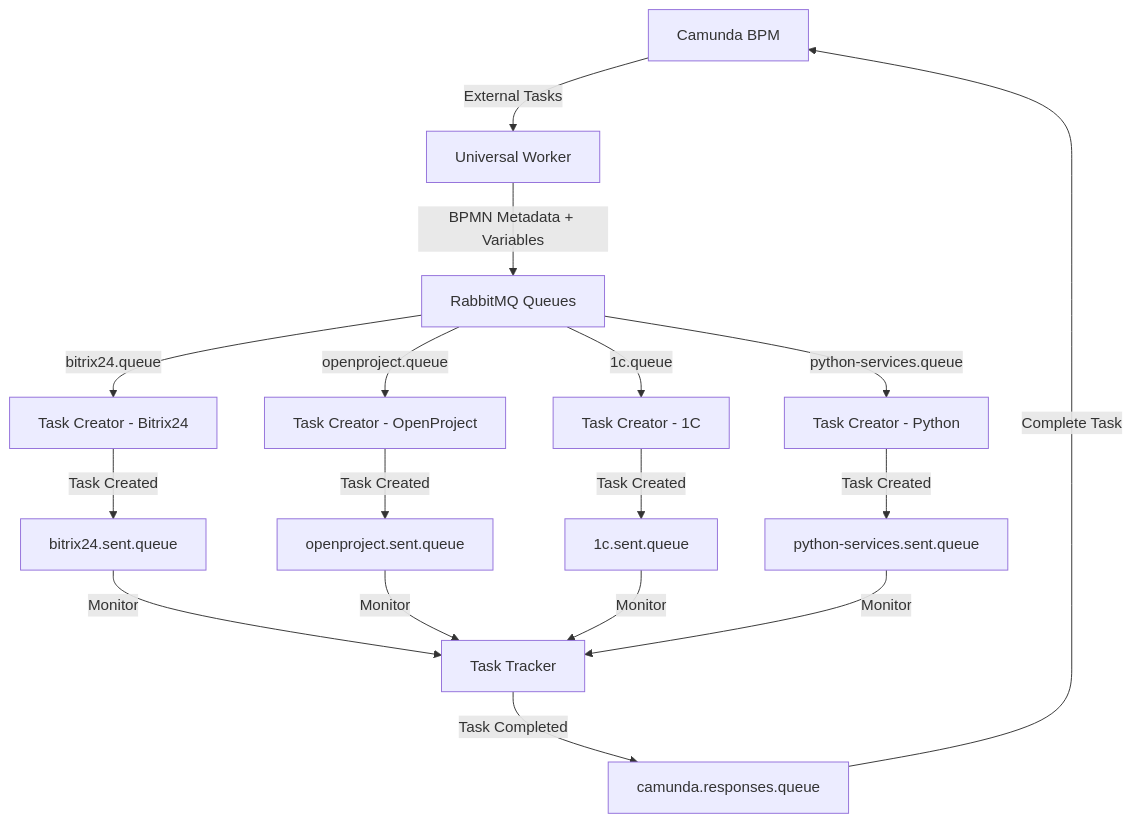
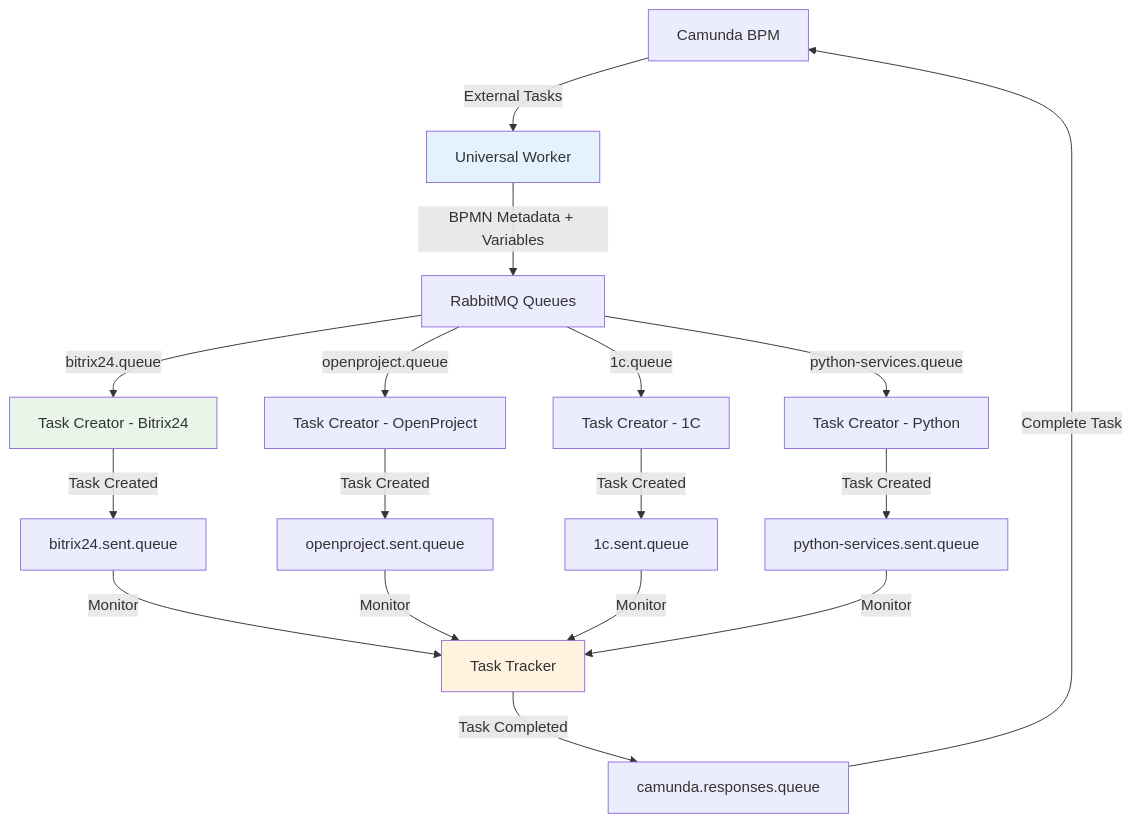
Before and after one commit to vlikhobabin/exchanger.py: the diagram in README.md, drawn with Mermaid. The commit also changed other lines of this file and 15 other files, not shown here.

````diff
--- a/README.md
+++ b/README.md
@@ -73,22 +73,26 @@
 ```mermaid
 graph TD
     A[Camunda BPM] -->|External Tasks| B[Universal Worker]
     B -->|BPMN Metadata + Variables| C[RabbitMQ Queues]
     C -->|bitrix24.queue| D[Task Creator - Bitrix24]
     C -->|openproject.queue| E[Task Creator - OpenProject]
     C -->|1c.queue| F[Task Creator - 1C]
     C -->|python-services.queue| G[Task Creator - Python]
     
     D -->|Task Created| H[bitrix24.sent.queue]
     E -->|Task Created| I[openproject.sent.queue]
     F -->|Task Created| J[1c.sent.queue]
     G -->|Task Created| K[python-services.sent.queue]
     
     H -->|Monitor| L[Task Tracker]
     I -->|Monitor| L
     J -->|Monitor| L
     K -->|Monitor| L
     
     L -->|Task Completed| M[camunda.responses.queue]
     M -->|Complete Task| A
+    
+    style B fill:#e3f2fd
+    style D fill:#e8f5e8
+    style L fill:#fff3e0
 ```
````
